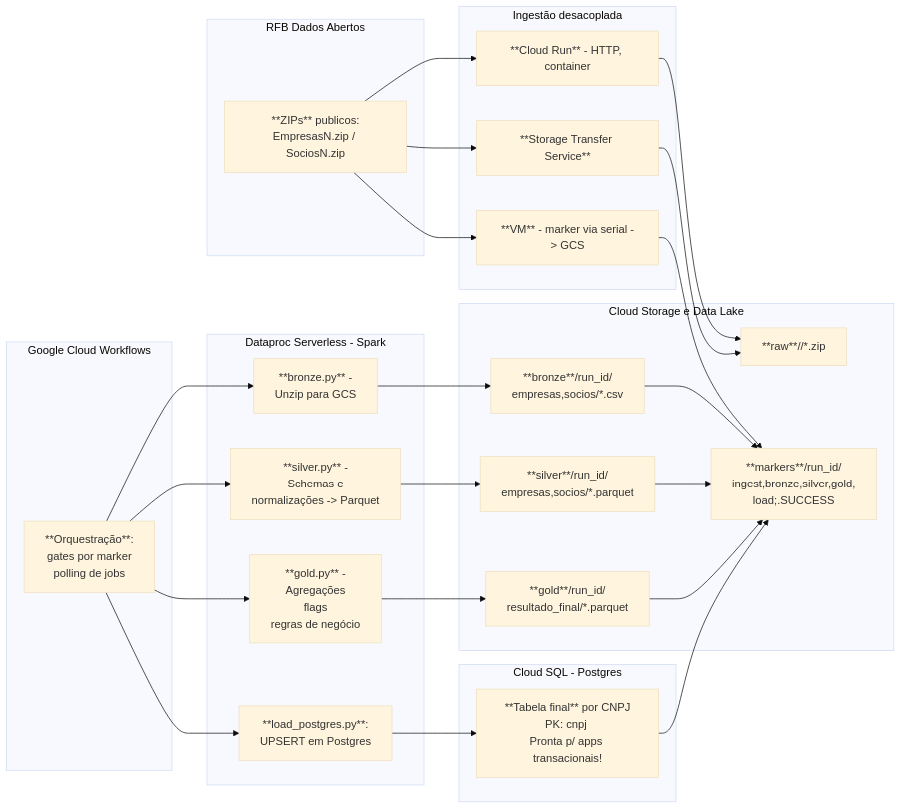
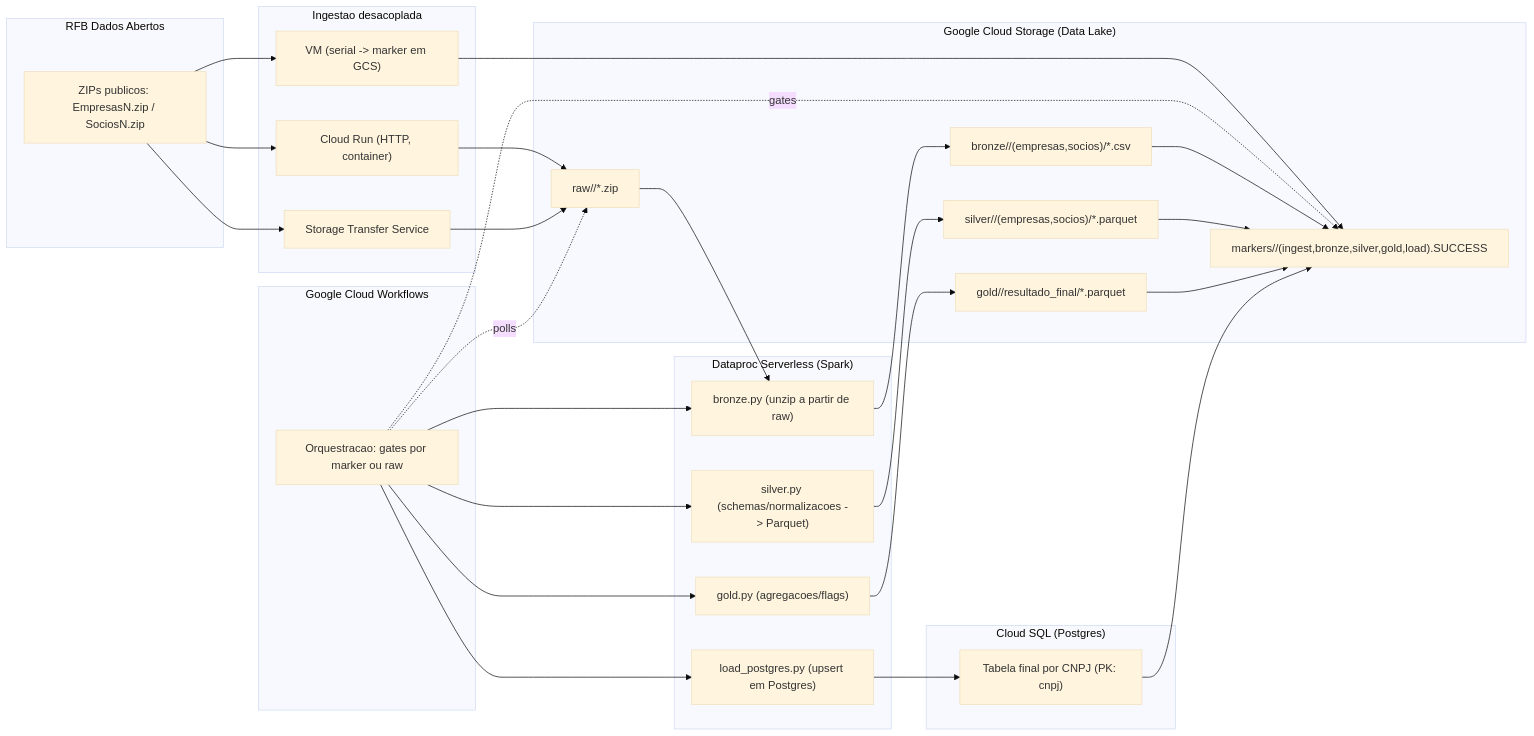
One commit to jaquerando/case_stone changed the diagram in README.md. Above: the diagram before and after it, drawn with Mermaid (base theme). The commit also changed other lines of this file, not shown here.

````diff
--- a/README.md
+++ b/README.md
@@ -48,54 +48,63 @@
 ```mermaid
 flowchart LR
 
   %% === SOURCES ===
   subgraph SRC["RFB Dados Abertos"]
-    s1["**ZIPs** publicos:<br/>EmpresasN.zip / SociosN.zip"]
+    s1["ZIPs publicos: EmpresasN.zip / SociosN.zip"]
   end
 
   %% === INGEST ===
-  subgraph ING["Ingestão desacoplada"]
-    A["**Cloud Run** - HTTP, container"]
-    B["**Storage Transfer Service**"]
-    C["**VM** - marker via serial -> GCS"]
+  subgraph ING["Ingestao desacoplada"]
+    A["Cloud Run (HTTP, container)"]
+    B["Storage Transfer Service"]
+    C["VM (serial -> marker em GCS)"]
   end
 
   %% === STORAGE ===
-  subgraph GCS["Cloud Storage e Data Lake"]
-    raw["**raw**/<run_id>/*.zip"]
-    brz["**bronze**/run_id/<br/>empresas,socios/*.csv"]
-    slv["**silver**/run_id/<br/>empresas,socios/*.parquet"]
-    gld["**gold**/run_id/<br/>resultado_final/*.parquet"]
-    mrk["**markers**/run_id/<br/>ingest,bronze,silver,gold, <br/>load;.SUCCESS"]
+  subgraph GCS["Google Cloud Storage (Data Lake)"]
+    raw["raw/<run_id>/*.zip"]
+    brz["bronze/<run_id>/(empresas,socios)/*.csv"]
+    slv["silver/<run_id>/(empresas,socios)/*.parquet"]
+    gld["gold/<run_id>/resultado_final/*.parquet"]
+    mrk["markers/<run_id>/(ingest,bronze,silver,gold,load).SUCCESS"]
   end
 
   %% === WORKFLOWS ===
   subgraph WF["Google Cloud Workflows"]
-    wf1["**Orquestração**: <br/>gates por marker <br/> polling de jobs"]
+    wf1["Orquestracao: gates por marker ou raw"]
   end
 
   %% === SPARK ===
-  subgraph DP["Dataproc Serverless - Spark"]
-    p1["**bronze.py** - <br/>Unzip para GCS"]
-    p2["**silver.py** - <br/>Schemas e<br/>normalizações -> Parquet"]
-    p3["**gold.py** - <br/>Agregações<br/>flags<br/>regras de negócio"]
-    p4["**load_postgres.py**: <br/>UPSERT em Postgres"]
+  subgraph DP["Dataproc Serverless (Spark)"]
+    p1["bronze.py (unzip a partir de raw)"]
+    p2["silver.py (schemas/normalizacoes -> Parquet)"]
+    p3["gold.py (agregacoes/flags)"]
+    p4["load_postgres.py (upsert em Postgres)"]
   end
 
   %% === DB ===
-  subgraph SQL["Cloud SQL - Postgres "]
-    tbl["**Tabela final** por CNPJ<br/>PK: cnpj <br/>Pronta p/ apps transacionais!"]
+  subgraph SQL["Cloud SQL (Postgres)"]
+    tbl["Tabela final por CNPJ (PK: cnpj)"]
   end
 
-  %% === FLOWS ===
-  s1 --> A & B & C
+  %% === FLUXOS DE DADOS ===
+  s1 --> A
+  s1 --> B
+  s1 --> C
 
   A --> raw
   B --> raw
   C --> mrk
 
+  %% join: bronze consome raw; workflows vigia raw/marker
+  raw --> p1
+  wf1 -. polls .-> raw
+  wf1 -. gates .-> mrk
+
+  %% pipeline medallion
   wf1 --> p1 --> brz --> mrk
   wf1 --> p2 --> slv --> mrk
   wf1 --> p3 --> gld --> mrk
   wf1 --> p4 --> tbl --> mrk
+
 ```
````
